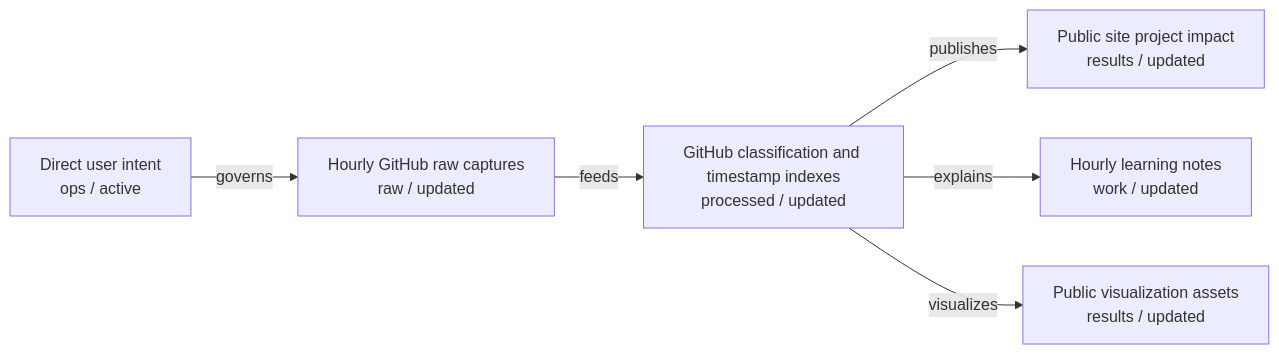
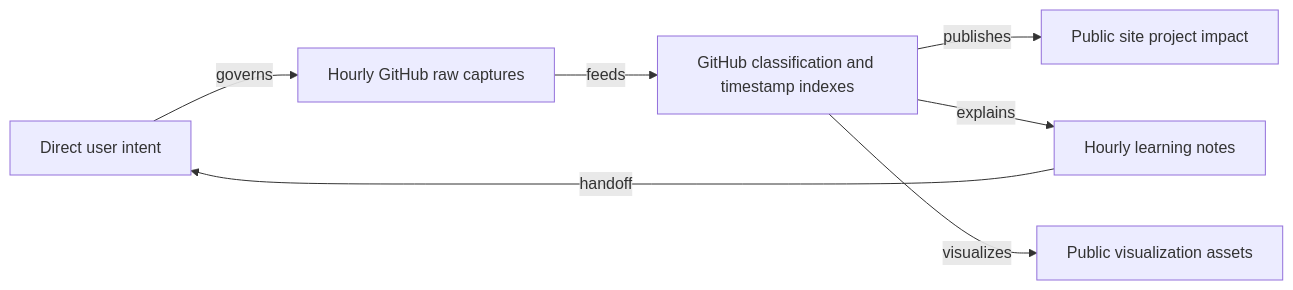
One commit to Shiyao-Huang/awesome-agent-evolution changed the diagram in .mermaid/current/graph.mmd. Above: the diagram before and after it, drawn with Mermaid. The commit also changed 34 other files, not shown here.

```diff
--- a/.mermaid/current/graph.mmd
+++ b/.mermaid/current/graph.mmd
@@ -1,12 +1,13 @@
 flowchart LR
-  intent_direct_user_input["Direct user intent\nops / active"]
-  raw_github_hourly_captures["Hourly GitHub raw captures\nraw / updated"]
-  processed_github_classification["GitHub classification and timestamp indexes\nprocessed / updated"]
-  work_learning_notes["Hourly learning notes\nwork / updated"]
-  results_public_site["Public site project impact\nresults / updated"]
-  results_public_visualizations["Public visualization assets\nresults / updated"]
-  intent_direct_user_input -- "governs" --> raw_github_hourly_captures
-  raw_github_hourly_captures -- "feeds" --> processed_github_classification
-  processed_github_classification -- "publishes" --> results_public_site
-  processed_github_classification -- "explains" --> work_learning_notes
-  processed_github_classification -- "visualizes" --> results_public_visualizations
+  intent_direct_user_input["Direct user intent"]
+  raw_github_hourly_captures["Hourly GitHub raw captures"]
+  processed_github_classification["GitHub classification and timestamp indexes"]
+  work_learning_notes["Hourly learning notes"]
+  results_public_site["Public site project impact"]
+  results_public_visualizations["Public visualization assets"]
+  intent_direct_user_input -->|governs| raw_github_hourly_captures
+  raw_github_hourly_captures -->|feeds| processed_github_classification
+  processed_github_classification -->|publishes| results_public_site
+  processed_github_classification -->|explains| work_learning_notes
+  work_learning_notes -->|handoff| intent_direct_user_input
+  processed_github_classification -->|visualizes| results_public_visualizations
```
